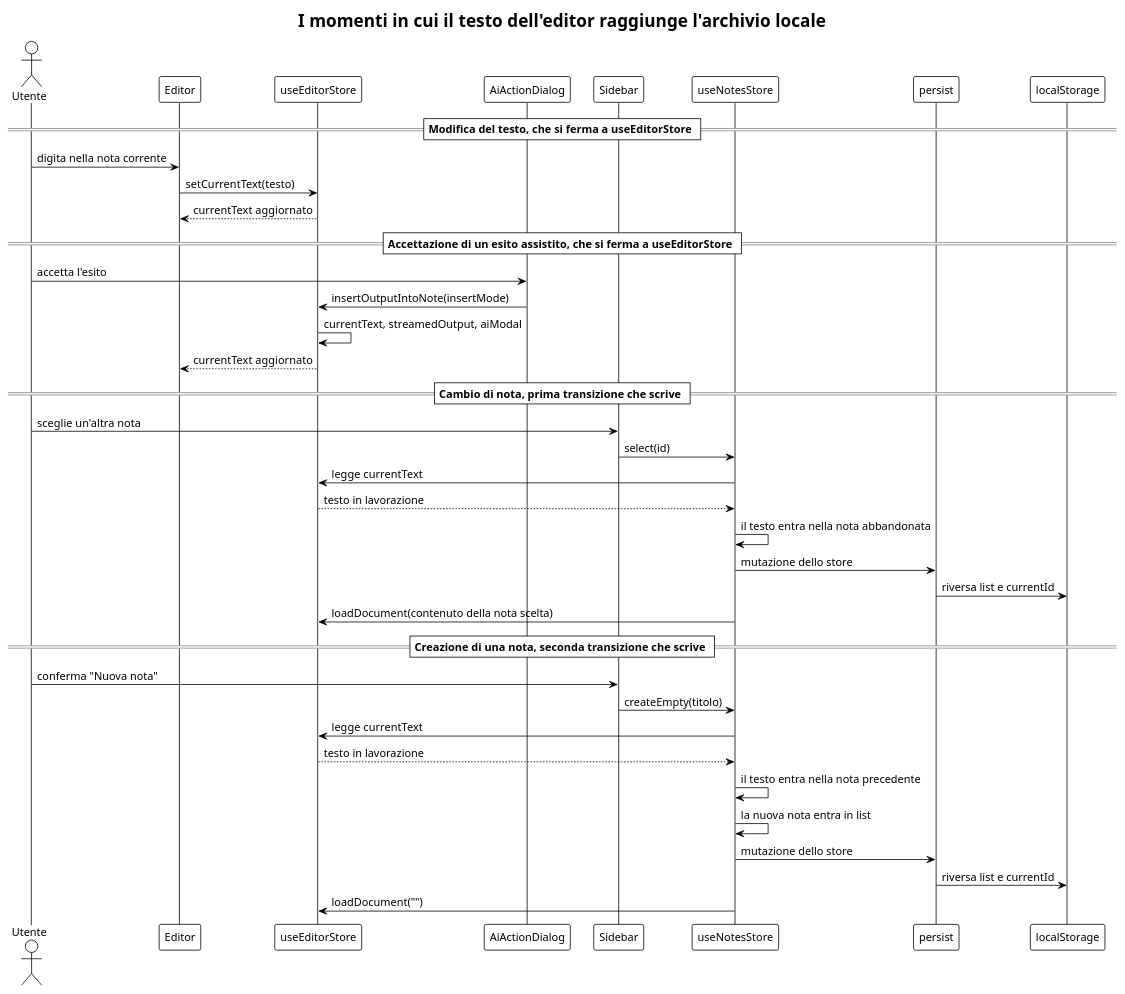
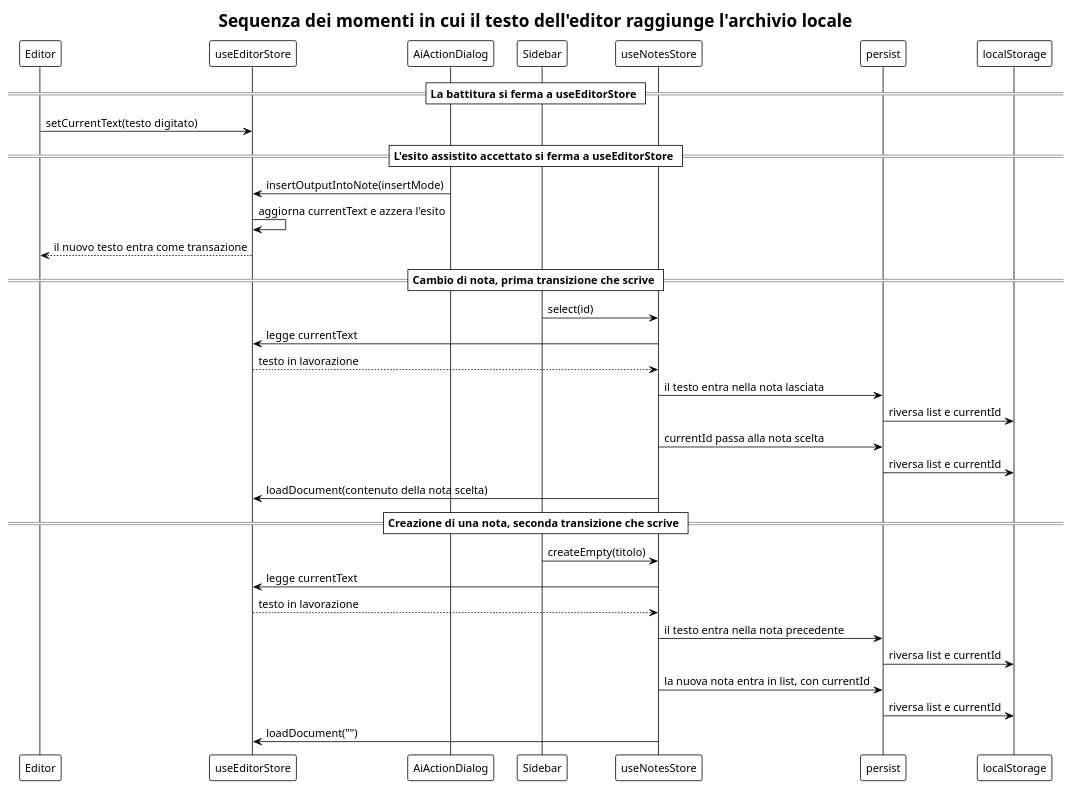
Before and after one commit to thebitless-group-swe/thebitless.github.io: the diagram in PB/doc_esterna/specifica_tecnica/assets/plantuml/UML4.4.2-2.puml, drawn with PlantUML. The commit also changed 15 other files, not shown here.

Commit message:
fix(ST): sistema diagrammi UML capitolo 4.4 e coerenza con relativo testo

```diff
--- a/PB/doc_esterna/specifica_tecnica/assets/plantuml/UML4.4.2-2.puml
+++ b/PB/doc_esterna/specifica_tecnica/assets/plantuml/UML4.4.2-2.puml
@@ -1,57 +1,52 @@
 @startuml
 !theme plain
 hide circle
 skinparam classAttributeIconSize 0
 skinparam shadowing false
 skinparam nodesep 45
 skinparam ranksep 60
 skinparam defaultFontSize 14
 
-title I momenti in cui il testo dell'editor raggiunge l'archivio locale
+title Sequenza dei momenti in cui il testo dell'editor raggiunge l'archivio locale
 
-actor Utente as U
 participant Editor as ED
 participant useEditorStore as ES
 participant AiActionDialog as AD
 participant Sidebar as SB
 participant useNotesStore as NS
 participant persist as P
 participant localStorage as LS
 
-== Modifica del testo, che si ferma a useEditorStore ==
+== La battitura si ferma a useEditorStore ==
 
-U -> ED : digita nella nota corrente
-ED -> ES : setCurrentText(testo)
-ES --> ED : currentText aggiornato
+ED -> ES : setCurrentText(testo digitato)
 
-== Accettazione di un esito assistito, che si ferma a useEditorStore ==
+== L'esito assistito accettato si ferma a useEditorStore ==
 
-U -> AD : accetta l'esito
 AD -> ES : insertOutputIntoNote(insertMode)
-ES -> ES : currentText, streamedOutput, aiModal
-ES --> ED : currentText aggiornato
+ES -> ES : aggiorna currentText e azzera l'esito
+ES --> ED : il nuovo testo entra come transazione
 
 == Cambio di nota, prima transizione che scrive ==
 
-U -> SB : sceglie un'altra nota
 SB -> NS : select(id)
 NS -> ES : legge currentText
 ES --> NS : testo in lavorazione
-NS -> NS : il testo entra nella nota abbandonata
-NS -> P : mutazione dello store
+NS -> P : il testo entra nella nota lasciata
+P -> LS : riversa list e currentId
+NS -> P : currentId passa alla nota scelta
 P -> LS : riversa list e currentId
 NS -> ES : loadDocument(contenuto della nota scelta)
 
 == Creazione di una nota, seconda transizione che scrive ==
 
-U -> SB : conferma "Nuova nota"
 SB -> NS : createEmpty(titolo)
 NS -> ES : legge currentText
 ES --> NS : testo in lavorazione
-NS -> NS : il testo entra nella nota precedente
-NS -> NS : la nuova nota entra in list
-NS -> P : mutazione dello store
+NS -> P : il testo entra nella nota precedente
+P -> LS : riversa list e currentId
+NS -> P : la nuova nota entra in list, con currentId
 P -> LS : riversa list e currentId
 NS -> ES : loadDocument("")
 
 @enduml
```
